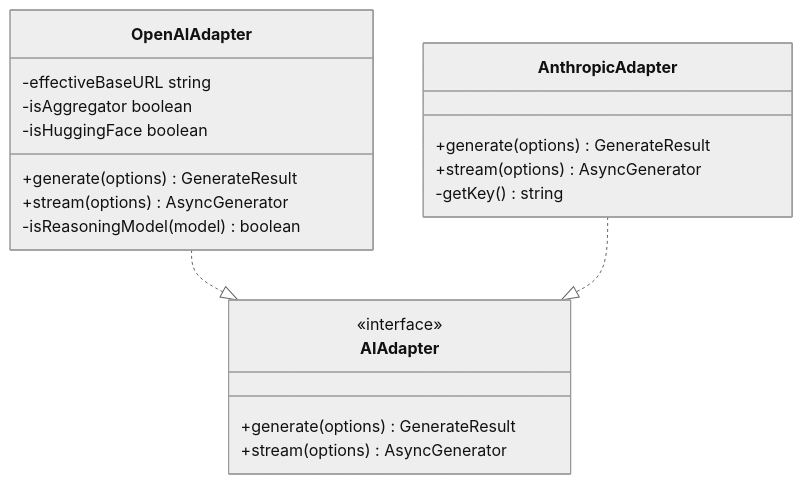
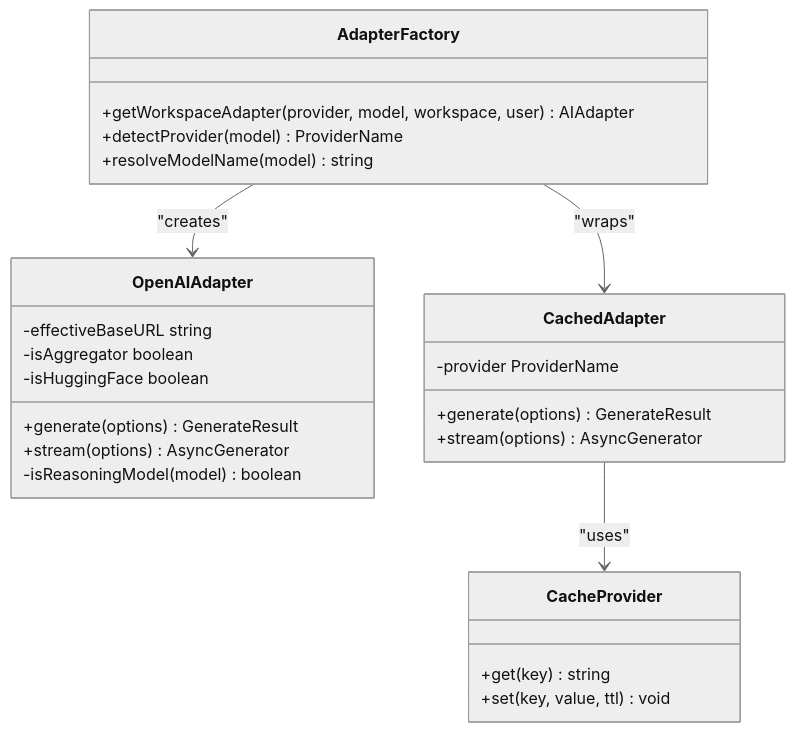
Before and after one commit to shekhargiri005-dotcom/AI-powered-accessibility-first-UI-engine: the sixth of 7 diagrams in .qoder/repowiki/en/content/Thinking Engine.md, drawn with Mermaid (neutral theme). The commit also changed other lines of this file and 10 other files, not shown here.

````diff
--- a/.qoder/repowiki/en/content/Thinking Engine.md
+++ b/.qoder/repowiki/en/content/Thinking Engine.md
@@ -306,23 +317,28 @@
 ```mermaid
 classDiagram
 class OpenAIAdapter {
 +generate(options) GenerateResult
 +stream(options) AsyncGenerator
 -isReasoningModel(model) boolean
 -effectiveBaseURL string
 -isAggregator boolean
 -isHuggingFace boolean
 }
-class AnthropicAdapter {
+class AdapterFactory {
++getWorkspaceAdapter(provider, model, workspace, user) AIAdapter
++detectProvider(model) ProviderName
++resolveModelName(model) string
+}
+class CachedAdapter {
 +generate(options) GenerateResult
 +stream(options) AsyncGenerator
--getKey() string
+-provider ProviderName
 }
-class AIAdapter {
-<<interface>>
-+generate(options) GenerateResult
-+stream(options) AsyncGenerator
+class CacheProvider {
++get(key) string
++set(key, value, ttl) void
 }
-OpenAIAdapter ..|> AIAdapter
-AnthropicAdapter ..|> AIAdapter
+AdapterFactory --> OpenAIAdapter : "creates"
+AdapterFactory --> CachedAdapter : "wraps"
+CachedAdapter --> CacheProvider : "uses"
 ```
````
